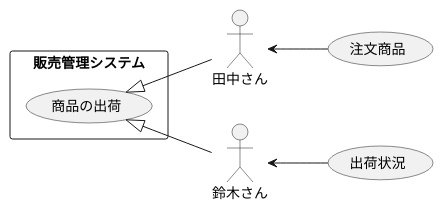
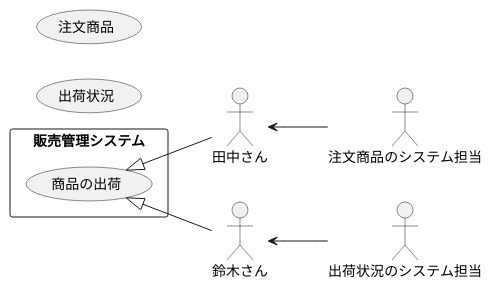
The diagram in 演習2-5_盛岡商事_販売管理システム.pu (Tanifuji94/uml-introduction), drawn with PlantUML before and after one commit.

Commit message:
演習2

```diff
--- a/演習2-5_盛岡商事_販売管理システム.pu
+++ b/演習2-5_盛岡商事_販売管理システム.pu
@@ -1,16 +1,16 @@
 @startuml 演習2―5
 left to right direction
 actor 田中さん
 actor 鈴木さん
 usecase 出荷状況
 usecase 注文商品
 
 rectangle 販売管理システム{
     usecase 商品の出荷    
 }
 商品の出荷 <|-- 田中さん 
 商品の出荷 <|-- 鈴木さん
-田中さん <-- 注文商品
-鈴木さん <-- 出荷状況
+田中さん <-- 注文商品のシステム担当
+鈴木さん <-- 出荷状況のシステム担当
     
 @enduml
```
